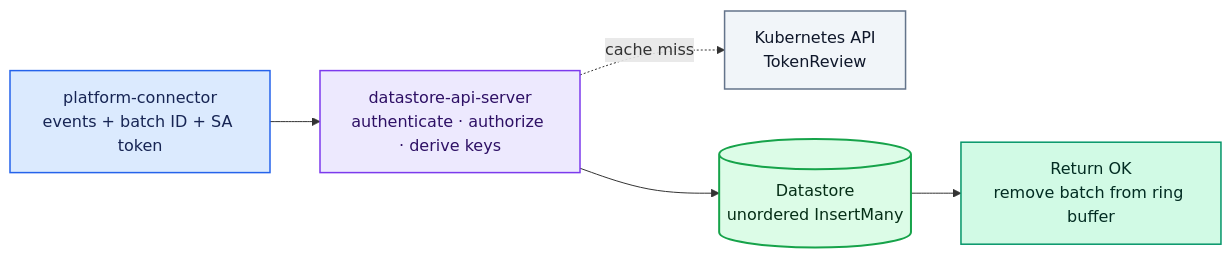
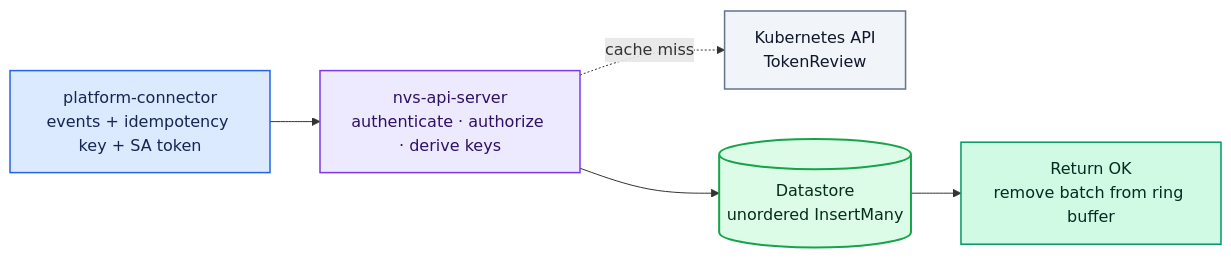
One commit to KaivalyaMDabhadkar/NVSentinel changed the fourth of 6 diagrams in docs/designs/050-datastore-api-server.md. Above: the diagram before and after it, drawn with Mermaid. The commit also changed other lines of this file, not shown here.

````diff
--- a/docs/designs/050-datastore-api-server.md
+++ b/docs/designs/050-datastore-api-server.md
@@ -238,24 +246,24 @@
 ```mermaid
 flowchart LR
-    PC["platform-connector<br/>events + batch ID + SA token"]
-    API["datastore-api-server<br/>authenticate · authorize · derive keys"]
+    PC["platform-connector<br/>events + idempotency key + SA token"]
+    API["nvs-api-server<br/>authenticate · authorize · derive keys"]
     K8S["Kubernetes API<br/>TokenReview"]
     DB[("Datastore<br/>unordered InsertMany")]
     DONE["Return OK<br/>remove batch from ring buffer"]
 
     PC --> API
     API -. "cache miss" .-> K8S
     API --> DB
     DB --> DONE
 
     classDef client fill:#DBEAFE,stroke:#2563EB,color:#172554,stroke-width:1.5px
     classDef service fill:#EDE9FE,stroke:#7C3AED,color:#2E1065,stroke-width:1.5px
     classDef support fill:#F1F5F9,stroke:#64748B,color:#0F172A,stroke-width:1.5px
     classDef database fill:#DCFCE7,stroke:#16A34A,color:#052E16,stroke-width:2px
     classDef success fill:#D1FAE5,stroke:#059669,color:#022C22,stroke-width:1.5px
     class PC client
     class API service
     class K8S support
     class DB database
     class DONE success
 ```
````
